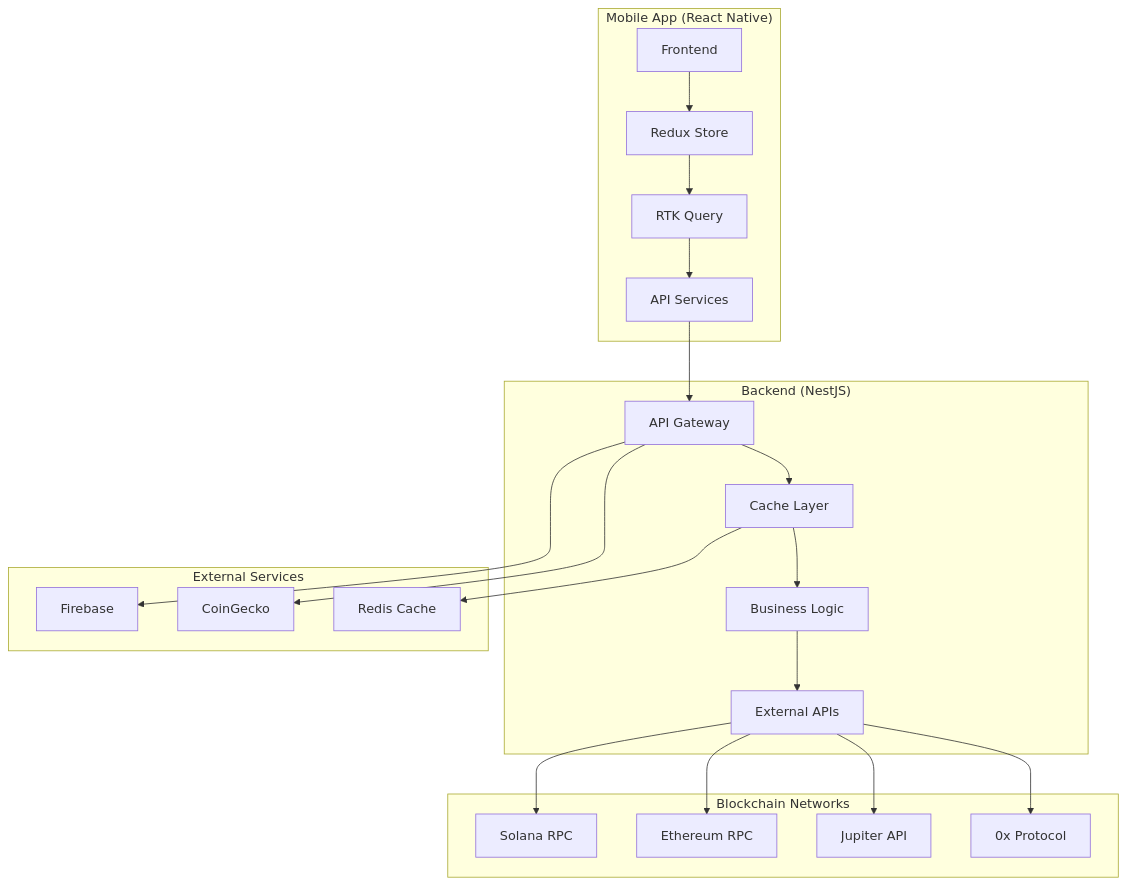
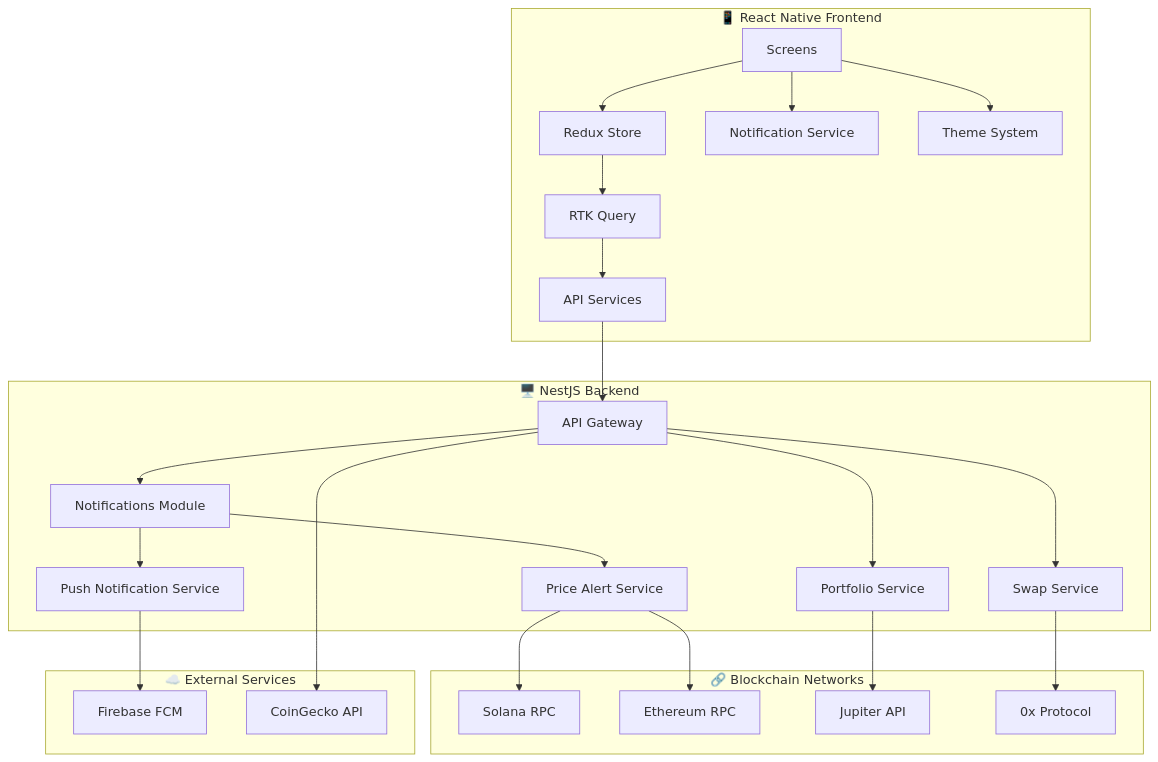
Before and after one commit to yasilvalmeida/defi-wallet-mobile: the diagram in README.md, drawn with Mermaid. The commit also changed other lines of this file and 110 other files, not shown here.

````diff
--- a/README.md
+++ b/README.md
@@ -91,36 +114,38 @@
 ```mermaid
 graph TB
-    subgraph "Mobile App (React Native)"
-        A[Frontend] --> B[Redux Store]
+    subgraph "📱 React Native Frontend"
+        A[Screens] --> B[Redux Store]
         B --> C[RTK Query]
         C --> D[API Services]
+        A --> E[Notification Service]
+        A --> F[Theme System]
     end
 
-    subgraph "Backend (NestJS)"
-        E[API Gateway] --> F[Cache Layer]
-        F --> G[Business Logic]
-        G --> H[External APIs]
+    subgraph "🖥️ NestJS Backend"
+        G[API Gateway] --> H[Notifications Module]
+        H --> I[Price Alert Service]
+        H --> J[Push Notification Service]
+        G --> K[Portfolio Service]
+        G --> L[Swap Service]
     end
 
-    subgraph "Blockchain Networks"
-        I[Solana RPC]
-        J[Ethereum RPC]
-        K[Jupiter API]
-        L[0x Protocol]
+    subgraph "🔗 Blockchain Networks"
+        M[Solana RPC]
+        N[Ethereum RPC]
+        O[Jupiter API]
+        P[0x Protocol]
     end
 
-    subgraph "External Services"
-        M[Firebase]
-        N[CoinGecko]
-        O[Redis Cache]
+    subgraph "☁️ External Services"
+        Q[Firebase FCM]
+        R[CoinGecko API]
     end
 
-    D --> E
-    H --> I
-    H --> J
-    H --> K
-    H --> L
-    E --> M
-    E --> N
-    F --> O
+    D --> G
+    I --> M
+    I --> N
+    K --> O
+    L --> P
+    J --> Q
+    G --> R
 ```
````
